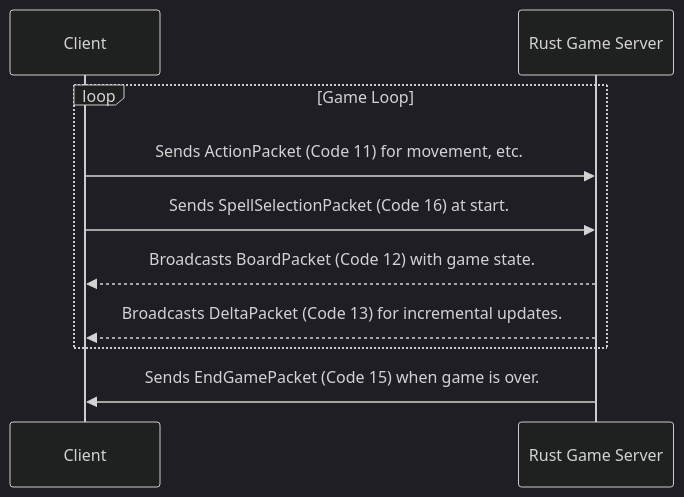
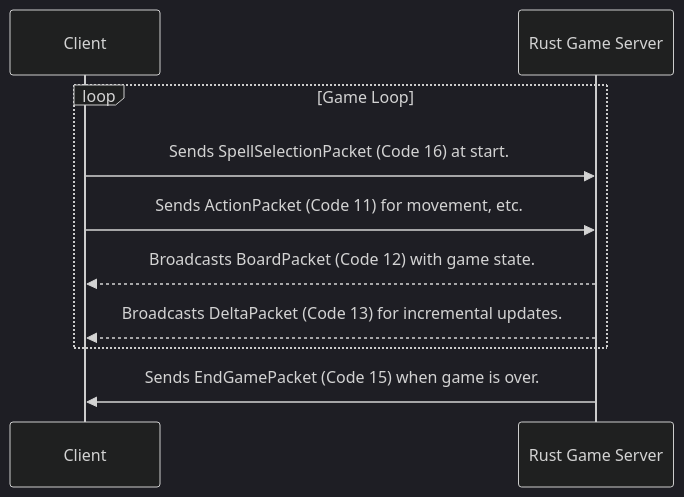
One commit to GrGLeo/TermArena changed the third of 3 diagrams in documentation/detailed/networking.md. Above: the diagram before and after it, drawn with Mermaid (dark theme). The commit also changed other lines of this file, not shown here.

Commit message:
doc: rewrite mermaid diagram

````diff
--- a/documentation/detailed/networking.md
+++ b/documentation/detailed/networking.md
@@ -226,13 +224,13 @@
 ```mermaid
 sequenceDiagram
     participant Client
     participant Rust Game Server
 
     loop Game Loop
+        Client->>Rust Game Server: Sends SpellSelectionPacket (Code 16) at start.
         Client->>Rust Game Server: Sends ActionPacket (Code 11) for movement, etc.
-        Client->>Rust Game Server: Sends SpellSelectionPacket (Code 16) at start.
         Rust Game Server-->>Client: Broadcasts BoardPacket (Code 12) with game state.
         Rust Game Server-->>Client: Broadcasts DeltaPacket (Code 13) for incremental updates.
     end
     Rust Game Server->>Client: Sends EndGamePacket (Code 15) when game is over.
 ```
````
